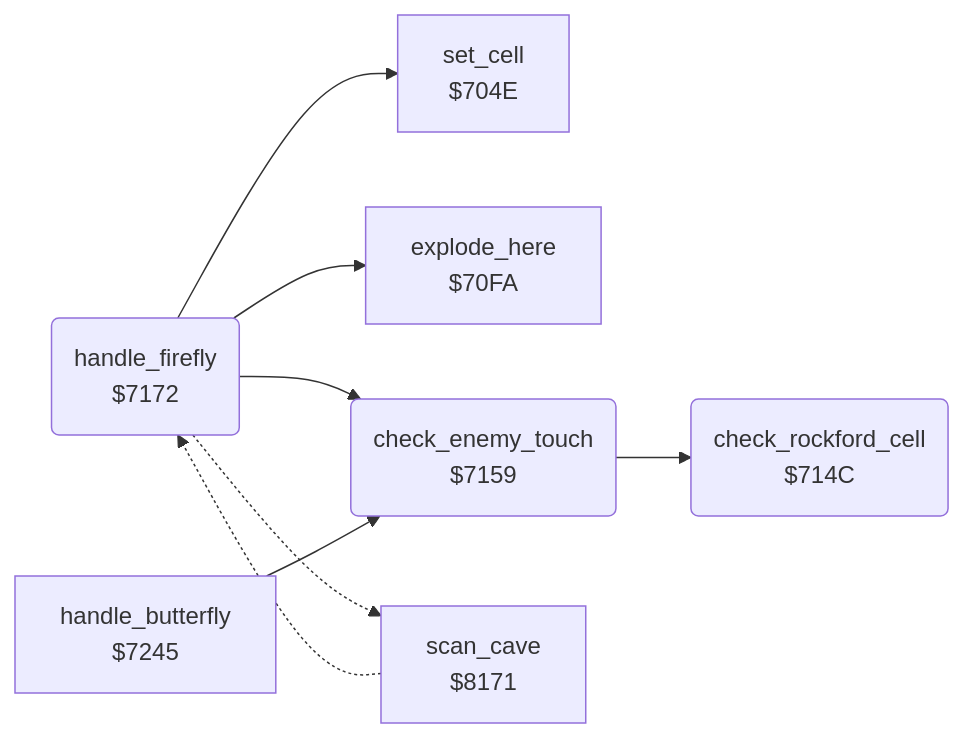
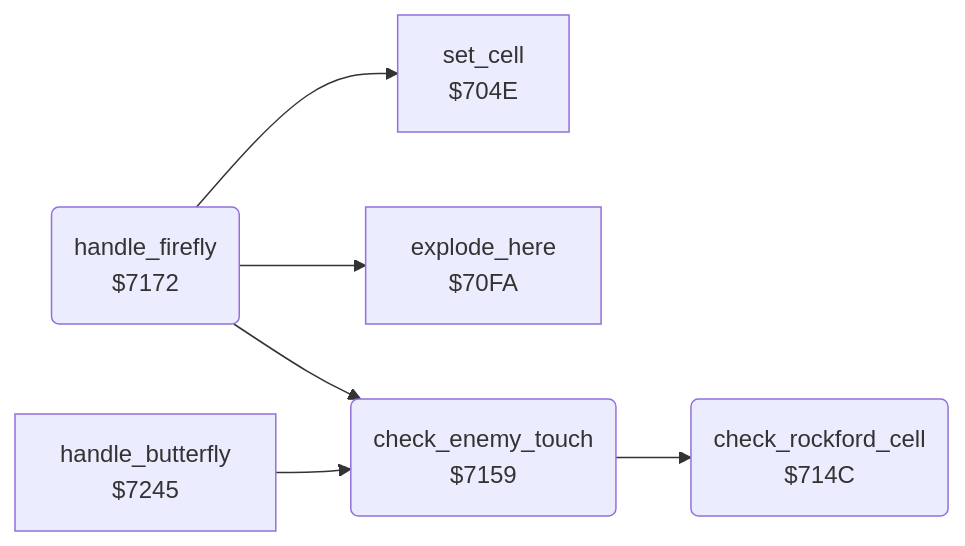
The diagram in boulder_dash/v2/docs/reference/modules/engine/firefly.md (henols/c64_games), drawn with Mermaid before and after one commit. The commit also changed other lines of this file and 1100 other files, not shown here.

````diff
--- a/boulder_dash/v2/docs/reference/modules/engine/firefly.md
+++ b/boulder_dash/v2/docs/reference/modules/engine/firefly.md
@@ -10,17 +25,14 @@
 ```mermaid
 flowchart LR
   n704e["set_cell<br/>$704E"]
   n70fa["explode_here<br/>$70FA"]
   n714c("check_rockford_cell<br/>$714C")
   n7159("check_enemy_touch<br/>$7159")
   n7172("handle_firefly<br/>$7172")
   n7245["handle_butterfly<br/>$7245"]
-  n8171["scan_cave<br/>$8171"]
   n7159 --> n714c
   n7172 --> n704e
   n7172 --> n70fa
   n7172 --> n7159
-  n7172 -.-> n8171
   n7245 --> n7159
-  n8171 -.-> n7172
 ```
````
